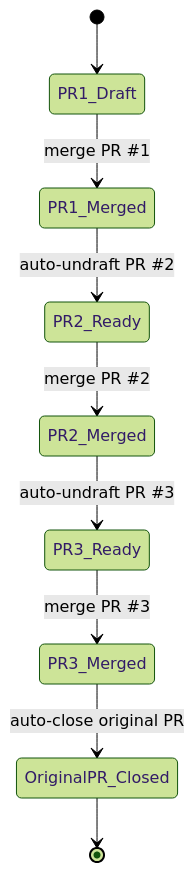
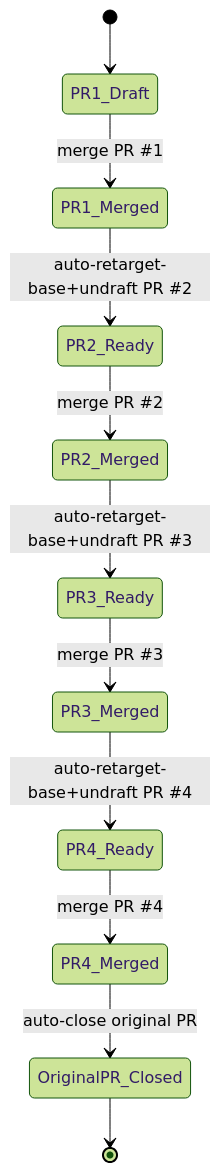
The second of 2 diagrams in README.md (kMJT000/prsplit), drawn with Mermaid (forest theme) before and after one commit. The commit also changed other lines of this file, not shown here.

````diff
--- a/README.md
+++ b/README.md
@@ -121,11 +188,13 @@
 ```mermaid
 stateDiagram-v2
   [*] --> PR1_Draft
   PR1_Draft --> PR1_Merged: merge PR #1
-  PR1_Merged --> PR2_Ready: auto-undraft PR #2
+  PR1_Merged --> PR2_Ready: auto-retarget-base+undraft PR #2
   PR2_Ready --> PR2_Merged: merge PR #2
-  PR2_Merged --> PR3_Ready: auto-undraft PR #3
+  PR2_Merged --> PR3_Ready: auto-retarget-base+undraft PR #3
   PR3_Ready --> PR3_Merged: merge PR #3
-  PR3_Merged --> OriginalPR_Closed: auto-close original PR
+  PR3_Merged --> PR4_Ready: auto-retarget-base+undraft PR #4
+  PR4_Ready --> PR4_Merged: merge PR #4
+  PR4_Merged --> OriginalPR_Closed: auto-close original PR
   OriginalPR_Closed --> [*]
 ```
````
